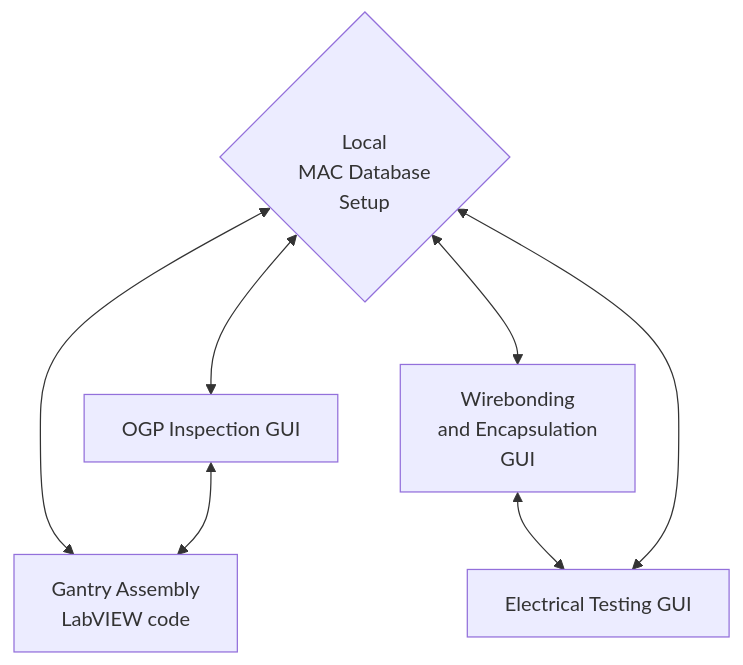
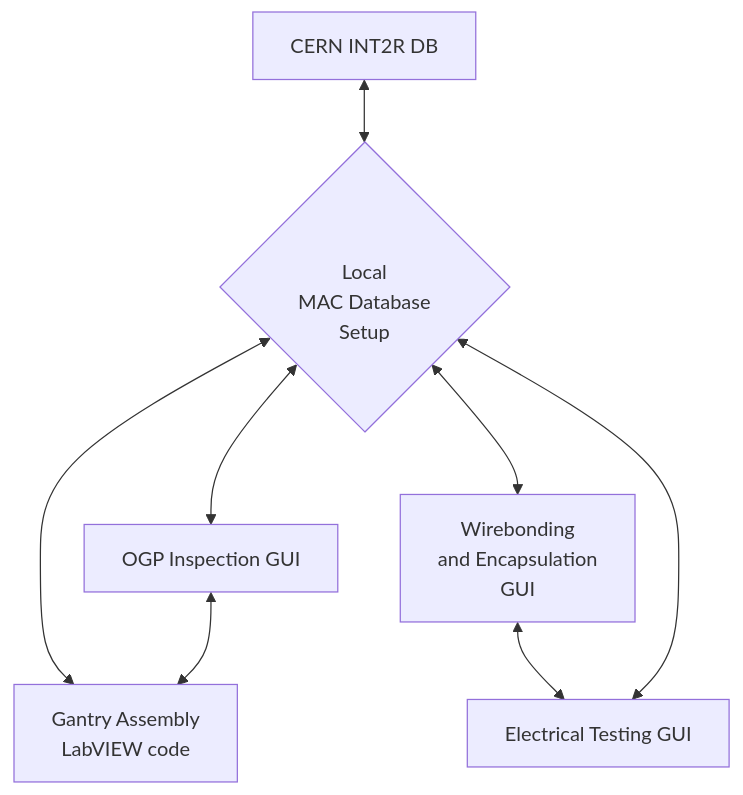
Before and after one commit to cmu-hgc-mac/.github: the diagram in profile/README.md, drawn with Mermaid. The commit also changed other lines of this file, not shown here.

````diff
--- a/profile/README.md
+++ b/profile/README.md
@@ -4,14 +5,15 @@
 ```mermaid
 graph TD
+    K[CERN INT2R DB] <--> A
     A{<br>Local<br>MAC Database<br>Setup} <--> B[OGP Inspection GUI]
     A{<br>Local<br>MAC Database<br>Setup} <--> C[Gantry Assembly<br>LabVIEW code]
     B <--> C
     A <--> D[Wirebonding<br>and Encapsulation<br>GUI]
     D <--> E[Electrical Testing GUI]
     E <--> A
     click A href "https://github.com/murthysindhu/HGC_DB_postgres/"
     click B href "https://github.com/cmu-hgc-mac/HGC_OGP_DB"
     click D href "https://github.com/nkalliney1/wirebonder_gui"
     click E href "https://gitlab.cern.ch/acrobert/hgcal-module-testing-gui/"
 
 ```
````
